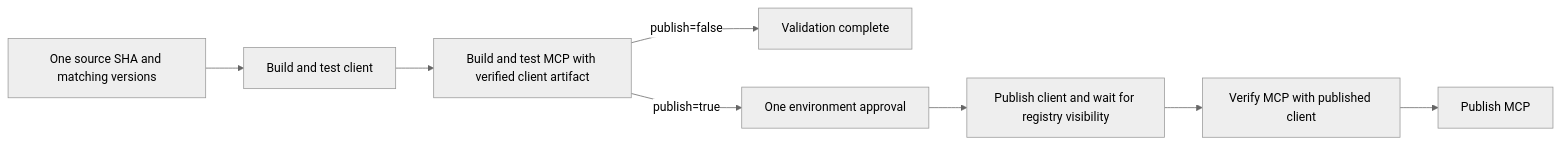
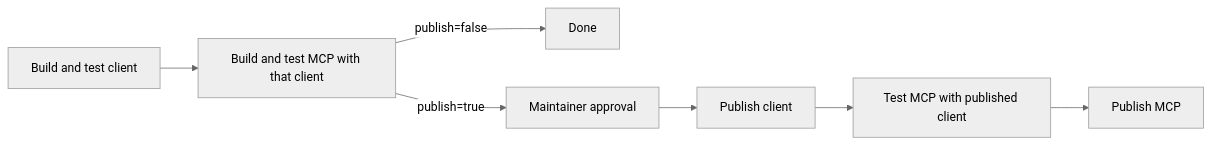
The diagram in README.md (hugegraph/actions), drawn with Mermaid (neutral theme) before and after one commit. The commit also changed other lines of this file and 5 other files, not shown here.

First line of the commit message:
feat(helm): sign OCI charts with GitHub OIDC (#38)

````diff
--- a/README.md
+++ b/README.md
@@ -115,10 +70,9 @@
 ```mermaid
 flowchart LR
-    S[One source SHA and matching versions] --> C[Build and test client]
-    C --> M[Build and test MCP with verified client artifact]
-    M -->|publish=false| D[Validation complete]
-    M -->|publish=true| A[One environment approval]
-    A --> P[Publish client and wait for registry visibility]
-    P --> V[Verify MCP with published client]
+    C[Build and test client] --> M[Build and test MCP with that client]
+    M -->|publish=false| D[Done]
+    M -->|publish=true| A[Maintainer approval]
+    A --> P[Publish client]
+    P --> V[Test MCP with published client]
     V --> U[Publish MCP]
 ```
````
